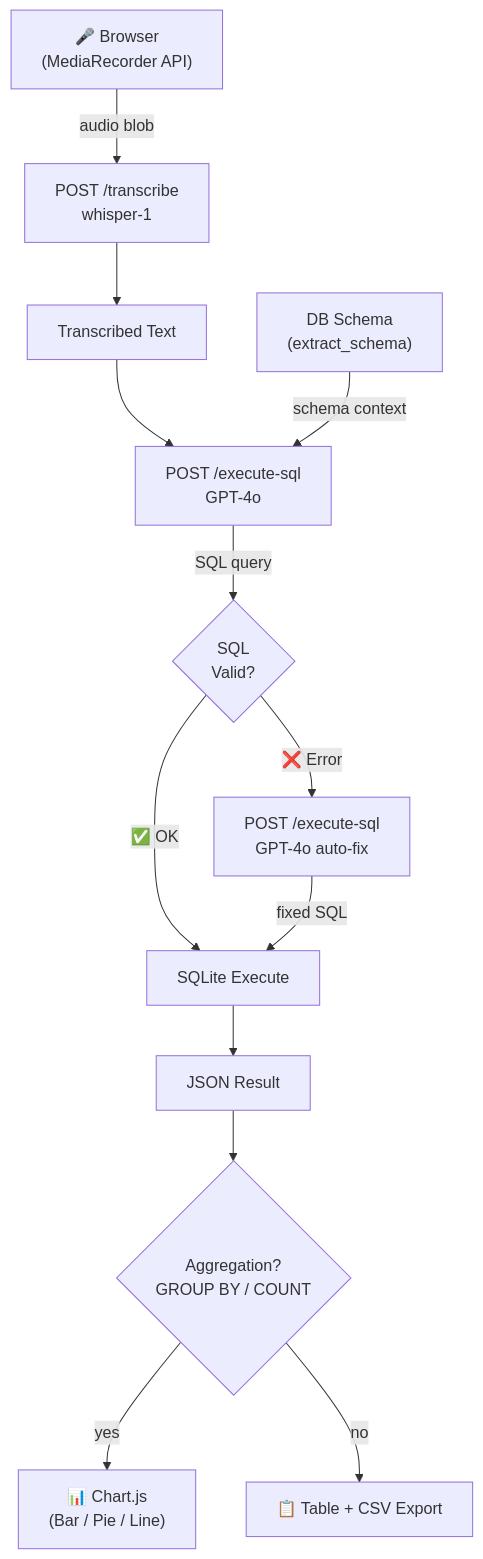
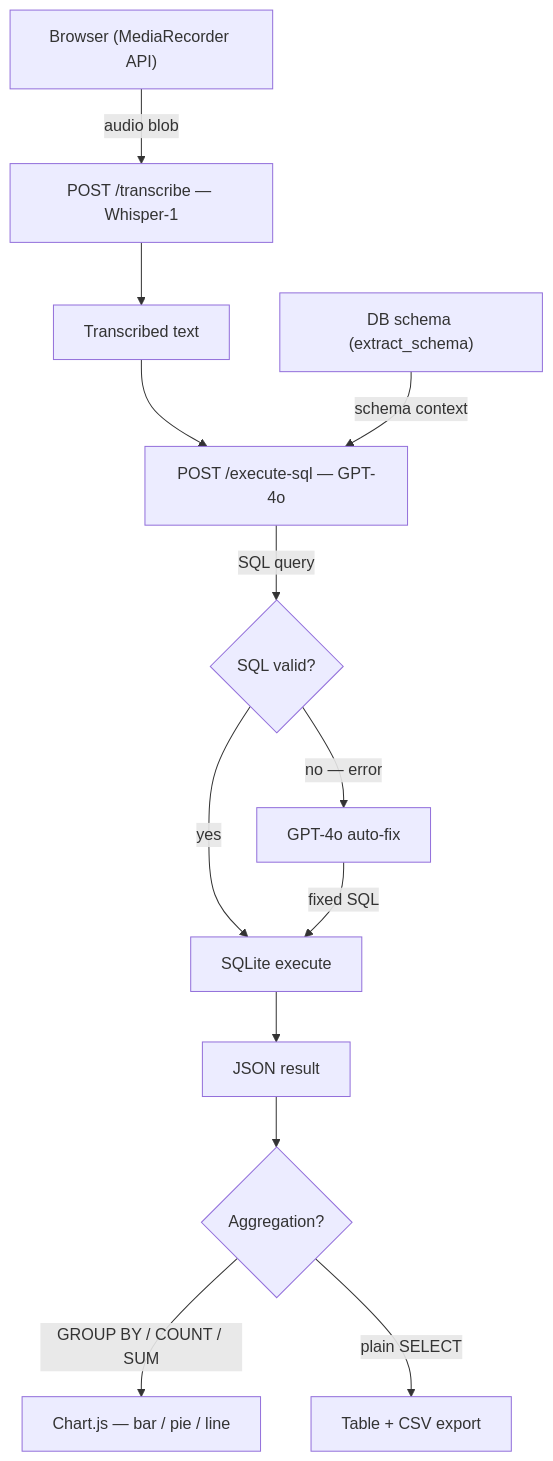
Before and after one commit to pavlablo/Voice-controlled-database-querying: the diagram in README.md, drawn with Mermaid. The commit also changed other lines of this file, not shown here.

````diff
--- a/README.md
+++ b/README.md
@@ -32,28 +29,28 @@
 ```mermaid
 flowchart TD
-    A["🎤 Browser\n(MediaRecorder API)"]
-    B["POST /transcribe\nwhisper-1"]
-    C["Transcribed Text"]
-    D["POST /execute-sql\nGPT-4o"]
-    E["DB Schema\n(extract_schema)"]
-    F{"SQL\nValid?"}
-    G["POST /execute-sql\nGPT-4o auto-fix"]
-    H["SQLite Execute"]
-    I["JSON Result"]
-    J{"Aggregation?\nGROUP BY / COUNT"}
-    K["📊 Chart.js\n(Bar / Pie / Line)"]
-    L["📋 Table + CSV Export"]
+    A["Browser (MediaRecorder API)"]
+    B["POST /transcribe — Whisper-1"]
+    C["Transcribed text"]
+    D["POST /execute-sql — GPT-4o"]
+    E["DB schema (extract_schema)"]
+    F{"SQL valid?"}
+    G["GPT-4o auto-fix"]
+    H["SQLite execute"]
+    I["JSON result"]
+    J{"Aggregation?"}
+    K["Chart.js — bar / pie / line"]
+    L["Table + CSV export"]
 
     A -->|audio blob| B
     B --> C
     C --> D
     E -->|schema context| D
     D -->|SQL query| F
-    F -->|✅ OK| H
-    F -->|❌ Error| G
+    F -->|yes| H
+    F -->|no — error| G
     G -->|fixed SQL| H
     H --> I
     I --> J
-    J -->|yes| K
-    J -->|no| L
+    J -->|GROUP BY / COUNT / SUM| K
+    J -->|plain SELECT| L
 ```
````
